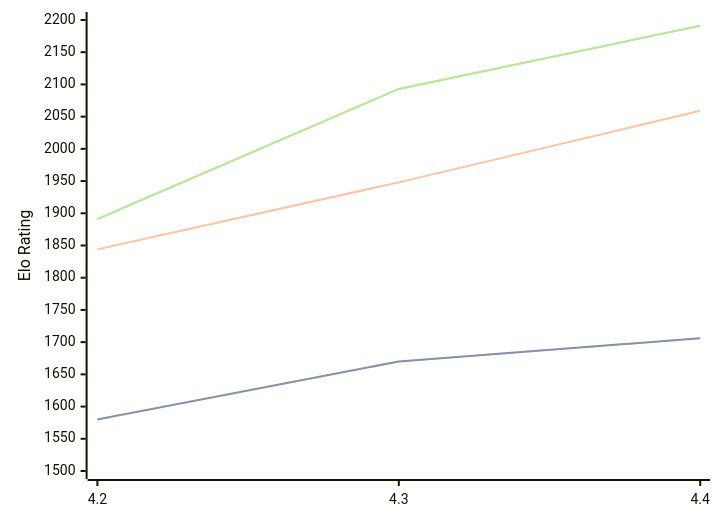
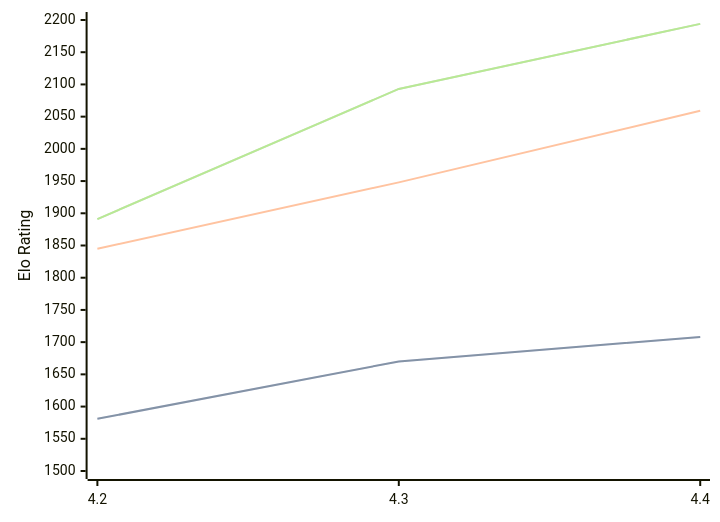
One commit to computer-chess-index/cci changed the diagram in engines/Radiance.md. Above: the diagram before and after it, drawn with Mermaid. The commit also changed other lines of this file, not shown here.

Commit message:
Update CCI Ratings (ELO VLTC) - 2026-08-21

````diff
--- a/engines/Radiance.md
+++ b/engines/Radiance.md
@@ -33,11 +33,11 @@
 ```mermaid
 %%{init: {"theme":"base","themeVariables":{"seriesColors:['#a3a3a3','#222221','#faa371']}}}%%
 xychart-beta
   x-axis ["4.2", "4.3", "4.4"]
   y-axis "Elo Rating" 1500 --> 2200
-  line "STC (8.0+0.08s)" [1580, 1670, 1706]
-  line "STC (8.0+0.08s)" [1580, 1670, 1706]
-  line "LTC (60.0+0.60s)" [1844, 1948, 2059]
-  line "VLTC (2m24s+1.12s)" [1891, 2093, 2191]
-  line "VLTC (2m24s+1.12s)" [1891, 2093, 2191]
+  line "STC (8.0+0.08s)" [1581, 1670, 1708]
+  line "STC (8.0+0.08s)" [1581, 1670, 1708]
+  line "LTC (60.0+0.60s)" [1845, 1948, 2059]
+  line "VLTC (2m24s+1.12s)" [1891, 2093, 2194]
+  line "VLTC (2m24s+1.12s)" [1891, 2093, 2194]
 ```
````
